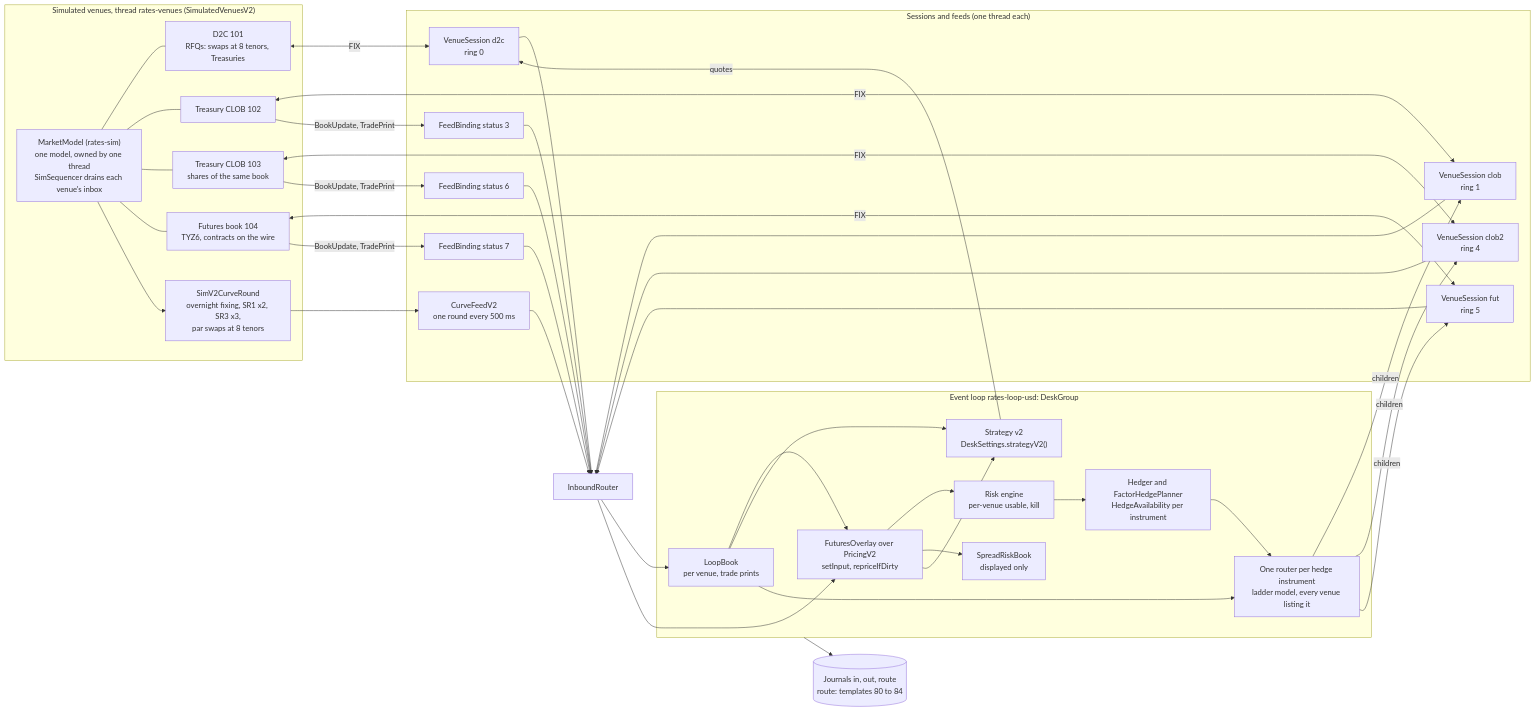
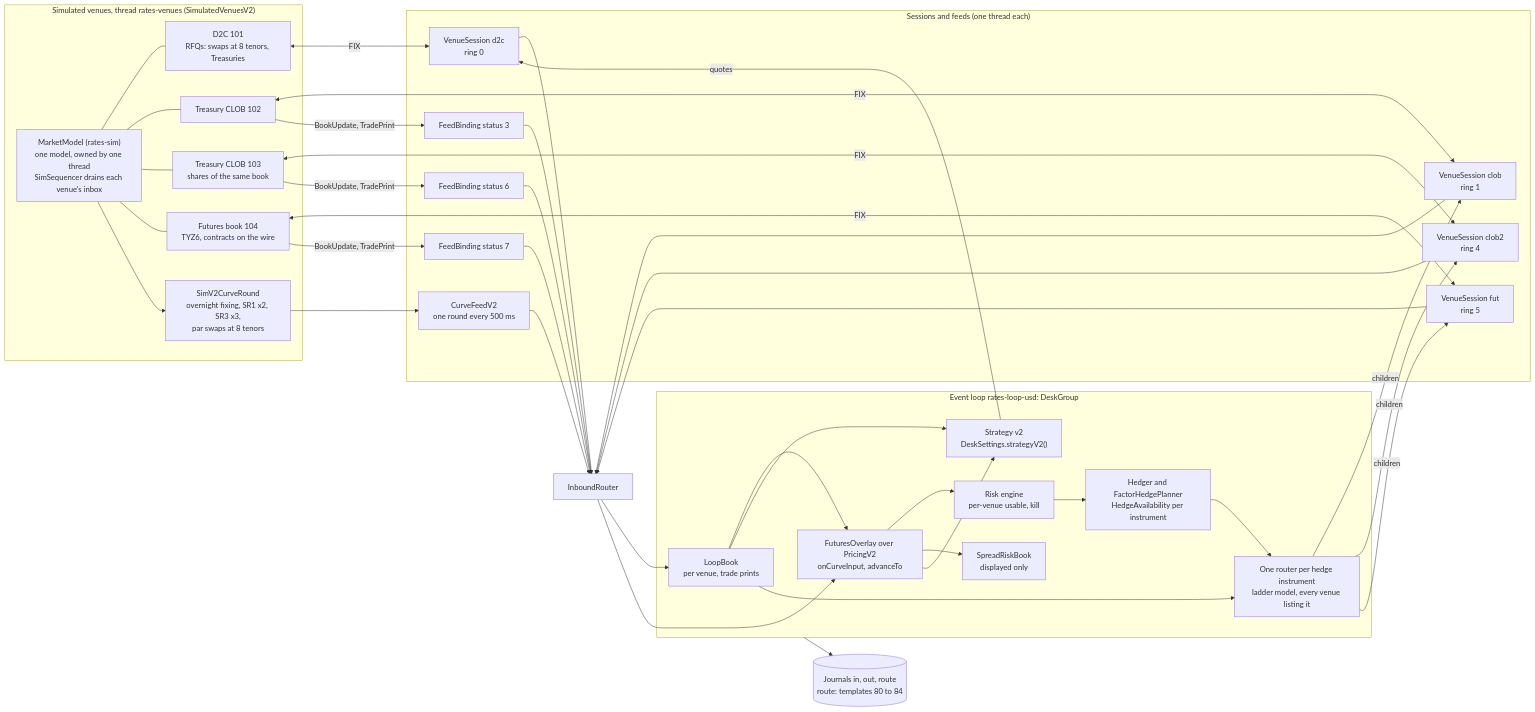
Before and after one commit to AshJha0/rates-algo-trading: the diagram in docs/diagrams/v2_desk_flow.mmd, drawn with Mermaid. The commit also changed 32 other files, not shown here.

Commit message:
docs: audit against the code at HEAD; README entry, order lifecycle, v2 process, pricing path and six diagrams

```diff
--- a/docs/diagrams/v2_desk_flow.mmd
+++ b/docs/diagrams/v2_desk_flow.mmd
@@ -1,68 +1,68 @@
 %% Title: The v2 desk profile (1.2.0, opt-in): simulator v2's four venues, three feeds, the curve round, pricing v2, strategy v2 and the ladder router on one loop
 flowchart LR
   subgraph venues["Simulated venues, thread rates-venues (SimulatedVenuesV2)"]
     model["MarketModel (rates-sim)<br/>one model, owned by one thread<br/>SimSequencer drains each venue's inbox"]
     d2c["D2C 101<br/>RFQs: swaps at 8 tenors, Treasuries"]
     clob1["Treasury CLOB 102"]
     clob2["Treasury CLOB 103<br/>shares of the same book"]
     fut["Futures book 104<br/>TYZ6, contracts on the wire"]
     round["SimV2CurveRound<br/>overnight fixing, SR1 x2, SR3 x3,<br/>par swaps at 8 tenors"]
   end
   subgraph gw["Sessions and feeds (one thread each)"]
     s0["VenueSession d2c<br/>ring 0"]
     s1["VenueSession clob<br/>ring 1"]
     s4["VenueSession clob2<br/>ring 4"]
     s5["VenueSession fut<br/>ring 5"]
     f3["FeedBinding status 3"]
     f6["FeedBinding status 6"]
     f7["FeedBinding status 7"]
     cf["CurveFeedV2<br/>one round every 500 ms"]
   end
   router_in["InboundRouter"]
   subgraph loop["Event loop rates-loop-usd: DeskGroup"]
     book["LoopBook<br/>per venue, trade prints"]
-    pricing["FuturesOverlay over PricingV2<br/>setInput, repriceIfDirty"]
+    pricing["FuturesOverlay over PricingV2<br/>onCurveInput, advanceTo"]
     spread["SpreadRiskBook<br/>displayed only"]
     strat["Strategy v2<br/>DeskSettings.strategyV2()"]
     hedger["Hedger and FactorHedgePlanner<br/>HedgeAvailability per instrument"]
     routers["One router per hedge instrument<br/>ladder model, every venue listing it"]
     risk["Risk engine<br/>per-venue usable, kill"]
   end
   journals[("Journals in, out, route<br/>route: templates 80 to 84")]
 
   model --- d2c
   model --- clob1
   model --- clob2
   model --- fut
   model --> round
   d2c <-->|FIX| s0
   clob1 <-->|FIX| s1
   clob2 <-->|FIX| s4
   fut <-->|FIX| s5
   clob1 -->|BookUpdate, TradePrint| f3
   clob2 -->|BookUpdate, TradePrint| f6
   fut -->|BookUpdate, TradePrint| f7
   round --> cf
   s0 --> router_in
   s1 --> router_in
   s4 --> router_in
   s5 --> router_in
   f3 --> router_in
   f6 --> router_in
   f7 --> router_in
   cf --> router_in
   router_in --> book
   router_in --> pricing
   book --> pricing
   pricing --> risk
   pricing --> spread
   book --> strat
   pricing --> strat
   strat -->|quotes| s0
   risk --> hedger
   hedger --> routers
   book --> routers
   routers -->|children| s1
   routers -->|children| s4
   routers -->|children| s5
   loop --> journals
```
